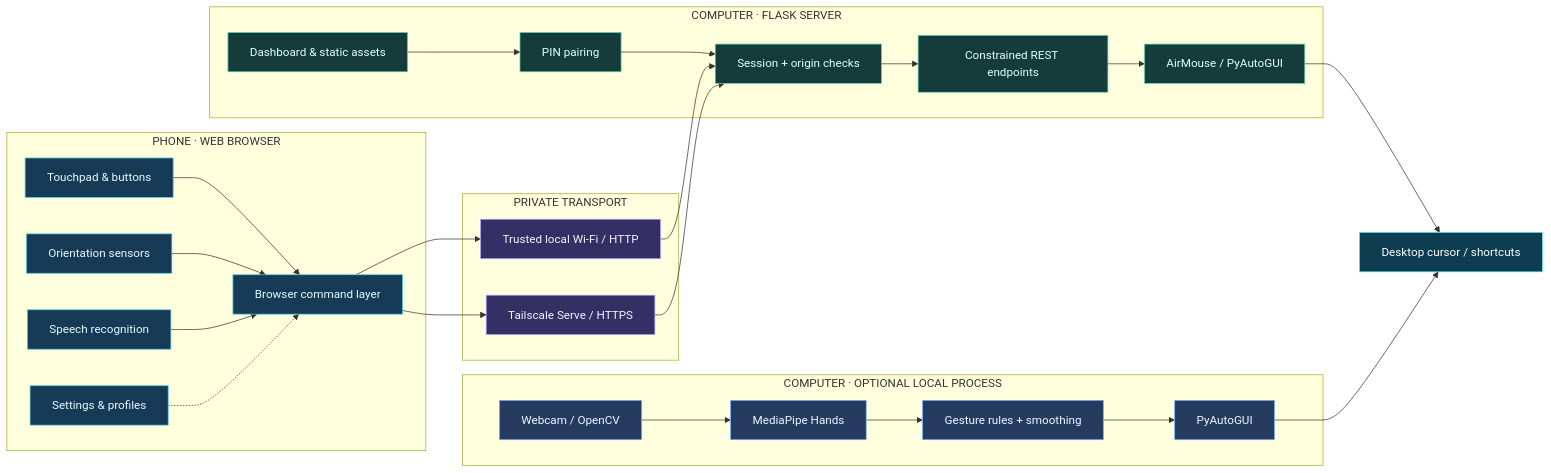
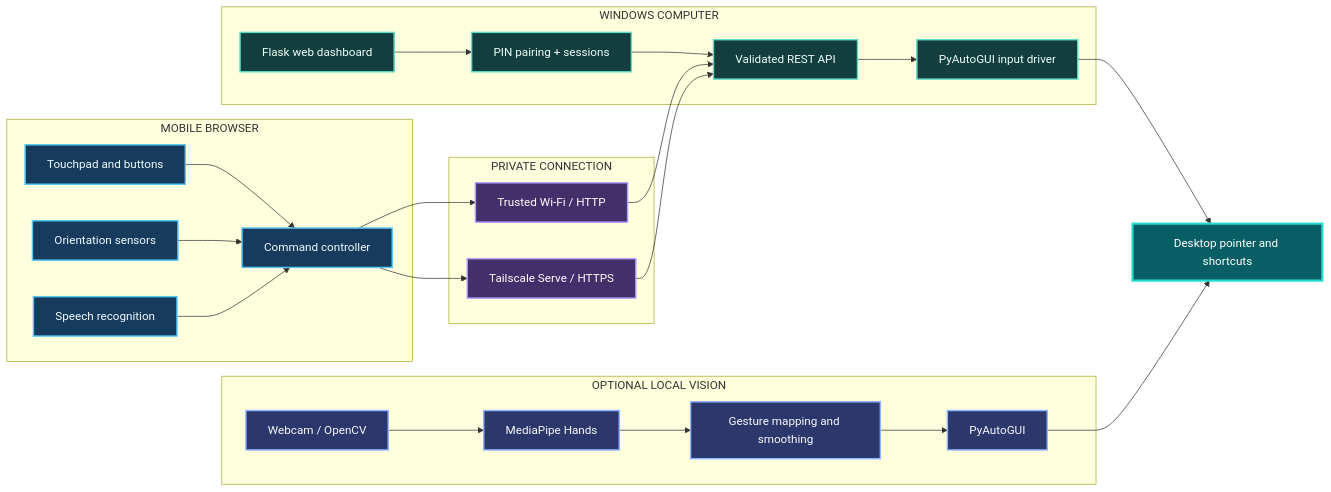
One commit to pushkkal0201-bit/Air_Cursor changed the first of 5 diagrams in README.md. Above: the diagram before and after it, drawn with Mermaid. The commit also changed other lines of this file, not shown here.

Commit message:
docs: refine AirCursor README with professional architecture, controls and setup

```diff
--- a/README.md
+++ b/README.md
@@ -114,51 +83,49 @@
 ~~~mermaid
 flowchart LR
-  subgraph P["PHONE · WEB BROWSER"]
-    T["Touchpad & buttons"]
-    M["Orientation sensors"]
-    V["Speech recognition"]
-    UI["Settings & profiles"]
-    T --> F["Browser command layer"]
-    M --> F
-    V --> F
-    UI -.-> F
+  subgraph PHONE["MOBILE BROWSER"]
+    TOUCH["Touchpad and buttons"]
+    MOTION["Orientation sensors"]
+    VOICE["Speech recognition"]
+    CLIENT["Command controller"]
+    TOUCH --> CLIENT
+    MOTION --> CLIENT
+    VOICE --> CLIENT
   end
 
-  subgraph N["PRIVATE TRANSPORT"]
-    L["Trusted local Wi-Fi / HTTP"]
-    H["Tailscale Serve / HTTPS"]
+  subgraph TRANSPORT["PRIVATE CONNECTION"]
+    LAN["Trusted Wi-Fi / HTTP"]
+    TS["Tailscale Serve / HTTPS"]
   end
 
-  subgraph S["COMPUTER · FLASK SERVER"]
-    WEB["Dashboard & static assets"]
-    PIN["PIN pairing"]
-    AUTH["Session + origin checks"]
-    API["Constrained REST endpoints"]
-    INPUT["AirMouse / PyAutoGUI"]
-    WEB --> PIN --> AUTH --> API --> INPUT
+  subgraph HOST["WINDOWS COMPUTER"]
+    FLASK["Flask web dashboard"]
+    PAIR["PIN pairing + sessions"]
+    API["Validated REST API"]
+    INPUT["PyAutoGUI input driver"]
+    FLASK --> PAIR --> API --> INPUT
   end
 
-  subgraph C["COMPUTER · OPTIONAL LOCAL PROCESS"]
-    CAM["Webcam / OpenCV"]
-    MP["MediaPipe Hands"]
-    GEST["Gesture rules + smoothing"]
-    LOCAL["PyAutoGUI"]
-    CAM --> MP --> GEST --> LOCAL
+  subgraph VISION["OPTIONAL LOCAL VISION"]
+    CAMERA["Webcam / OpenCV"]
+    LANDMARKS["MediaPipe Hands"]
+    GESTURES["Gesture mapping and smoothing"]
+    LOCALINPUT["PyAutoGUI"]
+    CAMERA --> LANDMARKS --> GESTURES --> LOCALINPUT
   end
 
-  F --> L --> AUTH
-  F --> H --> AUTH
-  INPUT --> OS["Desktop cursor / shortcuts"]
-  LOCAL --> OS
+  CLIENT --> LAN --> API
+  CLIENT --> TS --> API
+  INPUT --> DESKTOP["Desktop pointer and shortcuts"]
+  LOCALINPUT --> DESKTOP
 
-  classDef source fill:#173B56,stroke:#54D2E5,color:#E7FAFF;
-  classDef transport fill:#343066,stroke:#ADA0FF,color:#F6F2FF;
-  classDef server fill:#153C3A,stroke:#63D9BA,color:#E7FFF7;
-  classDef local fill:#253B60,stroke:#7FB0FF,color:#F0F7FF;
-  classDef result fill:#0E3C50,stroke:#54E3DC,color:#FFFFFF;
-  class T,M,V,UI,F source;
-  class L,H transport;
-  class WEB,PIN,AUTH,API,INPUT server;
-  class CAM,MP,GEST,LOCAL local;
-  class OS result;
+  classDef mobile fill:#163B5C,stroke:#56C7F3,stroke-width:2px,color:#F0FAFF;
+  classDef network fill:#43306B,stroke:#B79DFF,stroke-width:2px,color:#FFFFFF;
+  classDef host fill:#123F3E,stroke:#61DCC4,stroke-width:2px,color:#F0FFF9;
+  classDef vision fill:#2C376B,stroke:#91B6FF,stroke-width:2px,color:#F7FAFF;
+  classDef desktop fill:#075E65,stroke:#22DBCD,stroke-width:3px,color:#FFFFFF;
+  class TOUCH,MOTION,VOICE,CLIENT mobile;
+  class LAN,TS network;
+  class FLASK,PAIR,API,INPUT host;
+  class CAMERA,LANDMARKS,GESTURES,LOCALINPUT vision;
+  class DESKTOP desktop;
 ~~~
```
